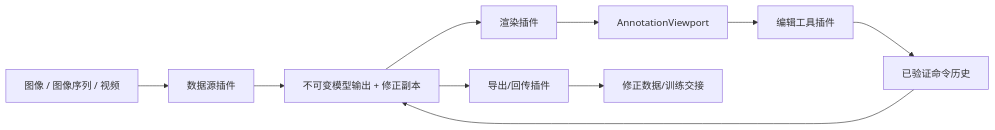
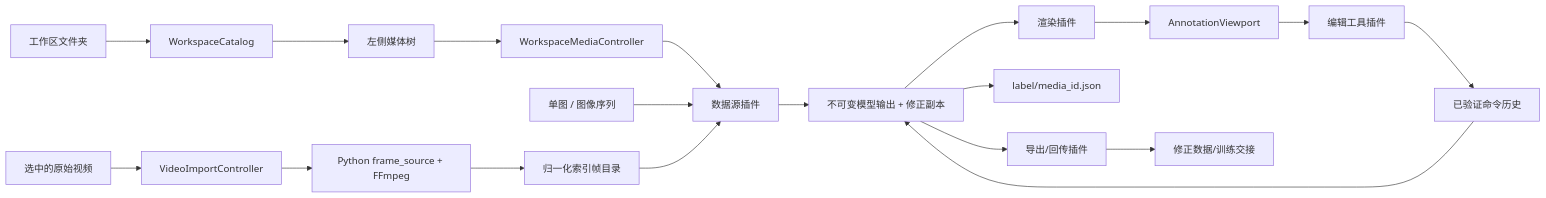
Before and after one commit to HZZ2Z/Automated-Annotation-System-Tool-Assignment6: the diagram in docs/architecture.md, drawn with Mermaid. The commit also changed other lines of this file and 193 other files, not shown here.

````diff
--- a/docs/architecture.md
+++ b/docs/architecture.md
@@ -11,12 +11,21 @@
 ```mermaid
 flowchart LR
-    Input[图像 / 图像序列 / 视频] --> Source[数据源插件]
+    Workspace[工作区文件夹] --> Catalog[WorkspaceCatalog]
+    Catalog --> Explorer[左侧媒体树]
+    Explorer --> Media[WorkspaceMediaController]
+    Media --> Source
+    Video[选中的原始视频] --> Import[VideoImportController]
+    Import --> Normalizer[Python frame_source + FFmpeg]
+    Normalizer --> Normalized[归一化索引帧目录]
+    Input[单图 / 图像序列] --> Source[数据源插件]
+    Normalized --> Source
     Source --> Store[不可变模型输出 + 修正副本]
     Store --> Render[渲染插件]
     Render --> Viewport[AnnotationViewport]
     Viewport --> Edit[编辑工具插件]
     Edit --> Commands[已验证命令历史]
     Commands --> Store
+    Store --> Labels[label/media_id.json]
     Store --> Feedback[导出/回传插件]
     Feedback --> Handoff[修正数据/训练交接]
 ```
````
